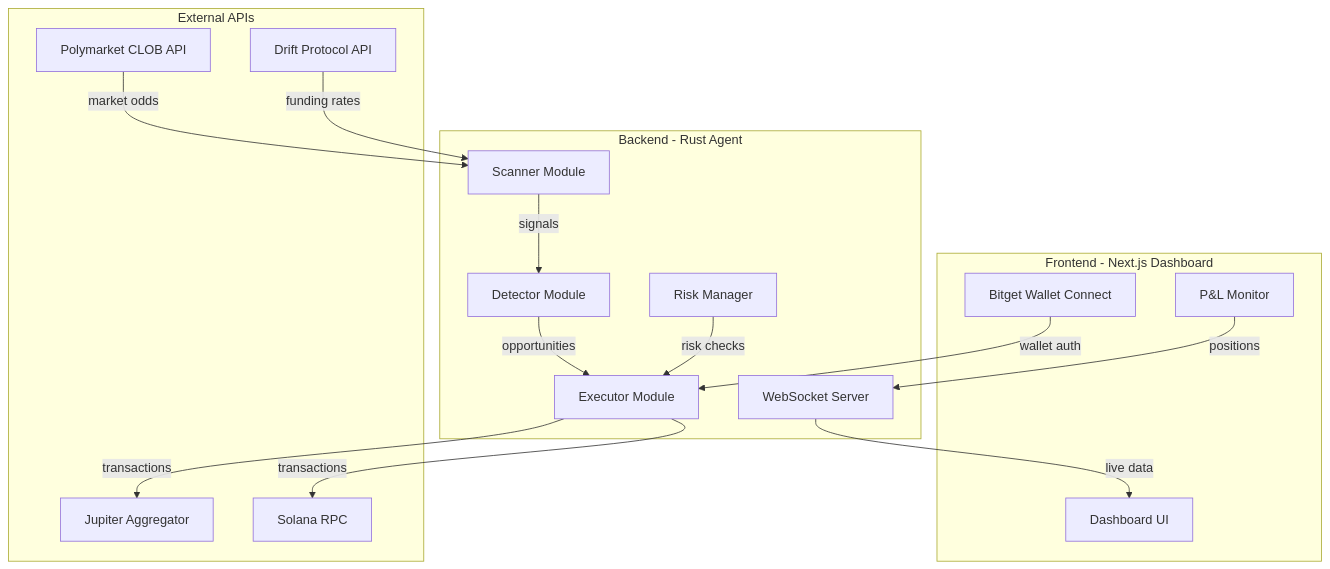
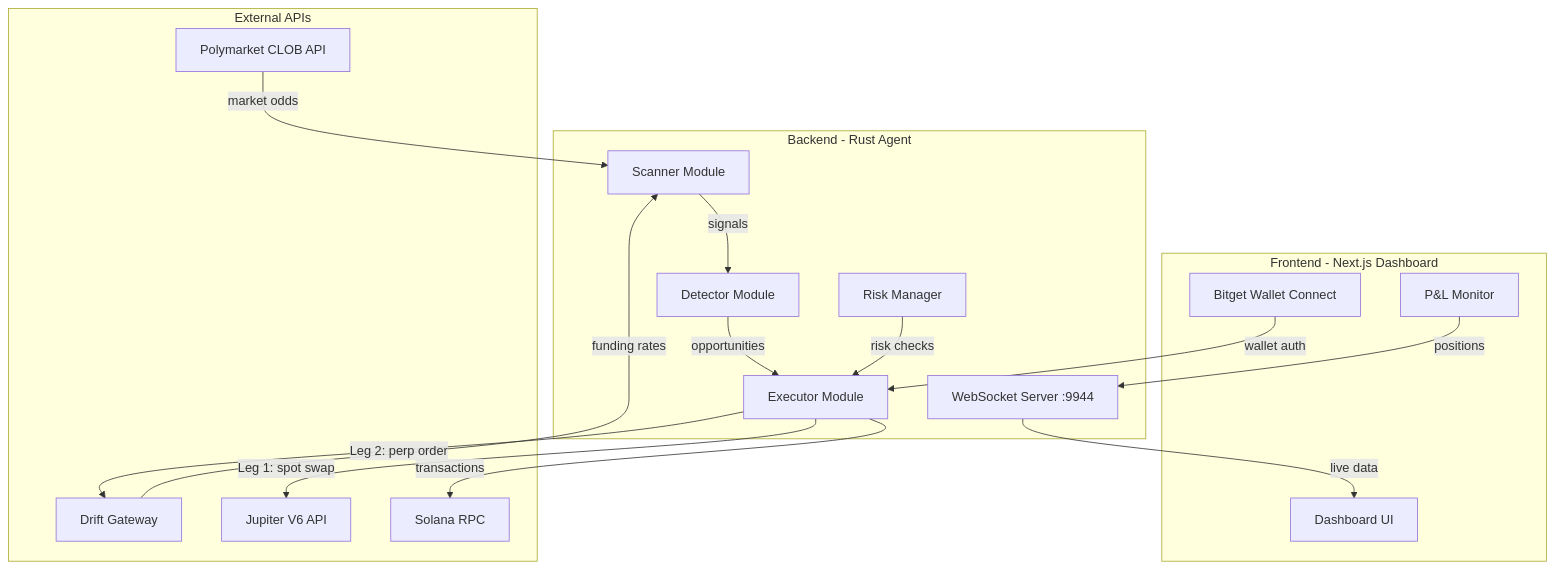
The first of 3 diagrams in README.md (yeheskieltame/solarb-agent), drawn with Mermaid before and after one commit. The commit also changed other lines of this file and 3 other files, not shown here.

Commit message:
Implement trade execution via Jupiter and Drift, and update documentation to reflect completed modules and architecture.

````diff
--- a/README.md
+++ b/README.md
@@ -73,34 +72,35 @@
 ```mermaid
 graph TB
     subgraph External APIs
         PM[Polymarket CLOB API]
-        DR[Drift Protocol API]
-        JUP[Jupiter Aggregator]
+        DR[Drift Gateway]
+        JUP[Jupiter V6 API]
         SOL[Solana RPC]
     end
 
     subgraph Backend - Rust Agent
         SC[Scanner Module]
         DT[Detector Module]
         EX[Executor Module]
         RM[Risk Manager]
-        WS[WebSocket Server]
+        WS[WebSocket Server :9944]
     end
 
     subgraph Frontend - Next.js Dashboard
         UI[Dashboard UI]
         BW[Bitget Wallet Connect]
         PL[P&L Monitor]
     end
 
     PM -->|market odds| SC
     DR -->|funding rates| SC
     SC -->|signals| DT
     DT -->|opportunities| EX
-    EX -->|transactions| JUP
+    EX -->|Leg 1: spot swap| JUP
+    EX -->|Leg 2: perp order| DR
     EX -->|transactions| SOL
     RM -->|risk checks| EX
     WS -->|live data| UI
     BW -->|wallet auth| EX
     PL -->|positions| WS
 ```
````
